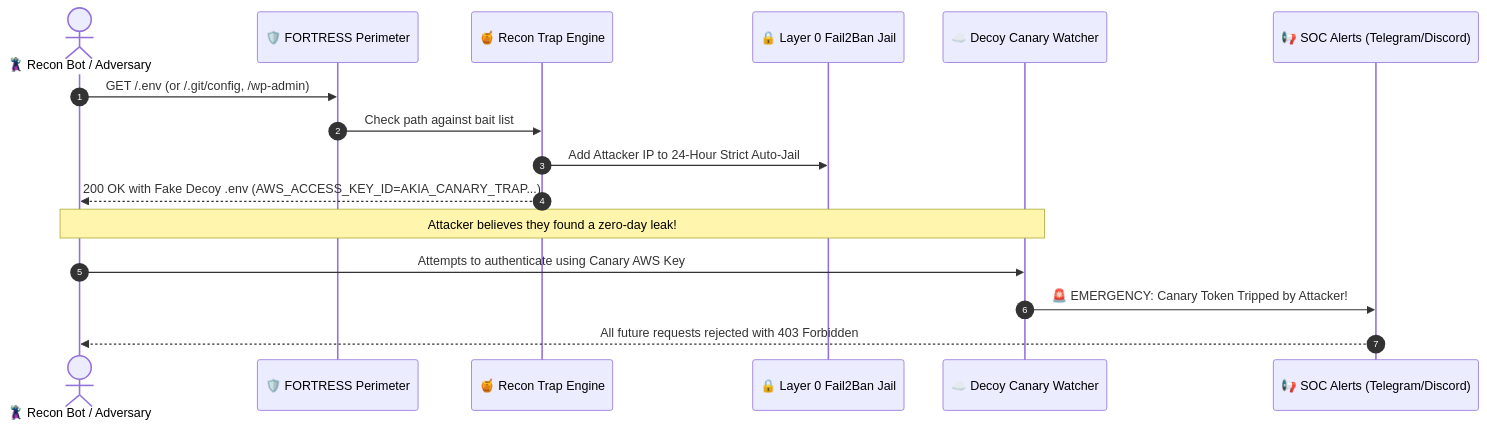
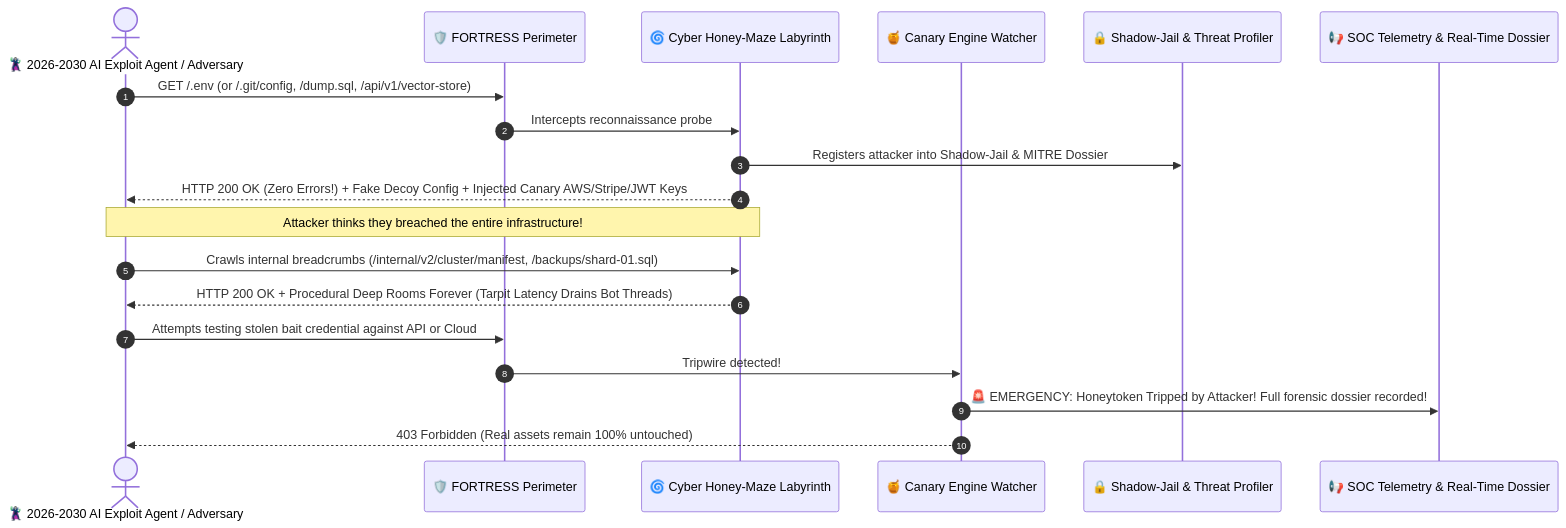
One commit to alexhack235-code/AI-Security-Scanner-API changed the fourth of 7 diagrams in README.md. Above: the diagram before and after it, drawn with Mermaid. The commit also changed other lines of this file and 32 other files, not shown here.

Commit message:
feat: HoneyMaze cyber deception, Live AI Overview, and Enterprise AppSec defense upgrades (Distributed State, ReDoS Shield, OOB AI Queue, AST Query Guard)

````diff
--- a/README.md
+++ b/README.md
@@ -280,20 +290,24 @@
 ```mermaid
 sequenceDiagram
     autonumber
-    actor Attacker as 🦹 Recon Bot / Adversary
+    actor Attacker as 🦹 2026-2030 AI Exploit Agent / Adversary
     participant WAF as 🛡️ FORTRESS Perimeter
-    participant Trap as 🍯 Recon Trap Engine
-    participant Jail as 🔒 Layer 0 Fail2Ban Jail
-    participant AWS as ☁️ Decoy Canary Watcher
-    participant SOC as 📢 SOC Alerts (Telegram/Discord)
+    participant Maze as 🌀 Cyber Honey-Maze Labyrinth
+    participant Canary as 🍯 Canary Engine Watcher
+    participant Jail as 🔒 Shadow-Jail & Threat Profiler
+    participant SOC as 📢 SOC Telemetry & Real-Time Dossier
 
-    Attacker->>WAF: GET /.env (or /.git/config, /wp-admin)
-    WAF->>Trap: Check path against bait list
-    Trap->>Jail: Add Attacker IP to 24-Hour Strict Auto-Jail
-    Trap-->>Attacker: 200 OK with Fake Decoy .env (AWS_ACCESS_KEY_ID=AKIA_CANARY_TRAP...)
+    Attacker->>WAF: GET /.env (or /.git/config, /dump.sql, /api/v1/vector-store)
+    WAF->>Maze: Intercepts reconnaissance probe
+    Maze->>Jail: Registers attacker into Shadow-Jail & MITRE Dossier
+    Maze-->>Attacker: HTTP 200 OK (Zero Errors!) + Fake Decoy Config + Injected Canary AWS/Stripe/JWT Keys
     
-    Note over Attacker,AWS: Attacker believes they found a zero-day leak!
-    Attacker->>AWS: Attempts to authenticate using Canary AWS Key
-    AWS->>SOC: 🚨 EMERGENCY: Canary Token Tripped by Attacker!
-    SOC-->>Attacker: All future requests rejected with 403 Forbidden
+    Note over Attacker,Maze: Attacker thinks they breached the entire infrastructure!
+    Attacker->>Maze: Crawls internal breadcrumbs (/internal/v2/cluster/manifest, /backups/shard-01.sql)
+    Maze-->>Attacker: HTTP 200 OK + Procedural Deep Rooms Forever (Tarpit Latency Drains Bot Threads)
+    
+    Attacker->>WAF: Attempts testing stolen bait credential against API or Cloud
+    WAF->>Canary: Tripwire detected!
+    Canary->>SOC: 🚨 EMERGENCY: Honeytoken Tripped by Attacker! Full forensic dossier recorded!
+    Canary-->>Attacker: 403 Forbidden (Real assets remain 100% untouched)
 ```
````
